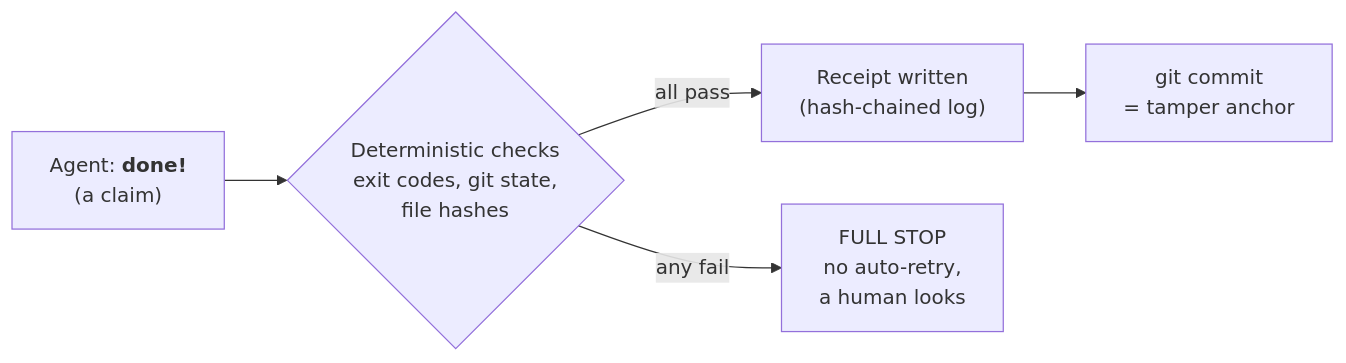
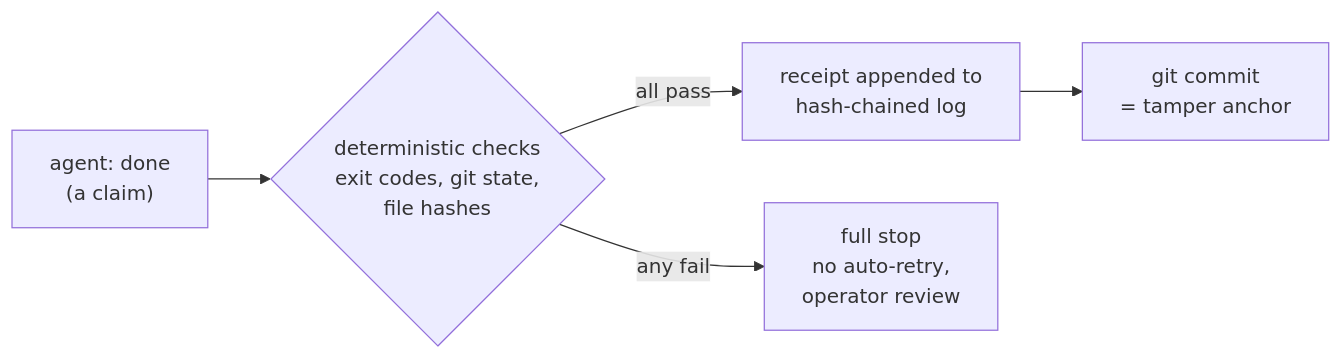
One commit to pietro-falco/harness-pack changed the first of 3 diagrams in README.md. Above: the diagram before and after it, drawn with Mermaid. The commit also changed other lines of this file and 1 other file, not shown here.

Commit message:
docs(readme): portfolio-standard rewrite + llms.txt — claim-to-fixture map, HALT flow, mermaid validated via mmdc

````diff
--- a/README.md
+++ b/README.md
@@ -27,7 +17,7 @@
 ```mermaid
 flowchart LR
-    A["Agent: <b>done!</b><br/>(a claim)"] --> B{"Deterministic checks<br/>exit codes, git state,<br/>file hashes"}
-    B -->|all pass| C["Receipt written<br/>(hash-chained log)"]
-    B -->|any fail| D["FULL STOP<br/>no auto-retry,<br/>a human looks"]
+    A["agent: done<br/>(a claim)"] --> B{"deterministic checks<br/>exit codes, git state,<br/>file hashes"}
+    B -->|all pass| C["receipt appended to<br/>hash-chained log"]
+    B -->|any fail| D["full stop<br/>no auto-retry,<br/>operator review"]
     C --> E["git commit<br/>= tamper anchor"]
 ```
````
